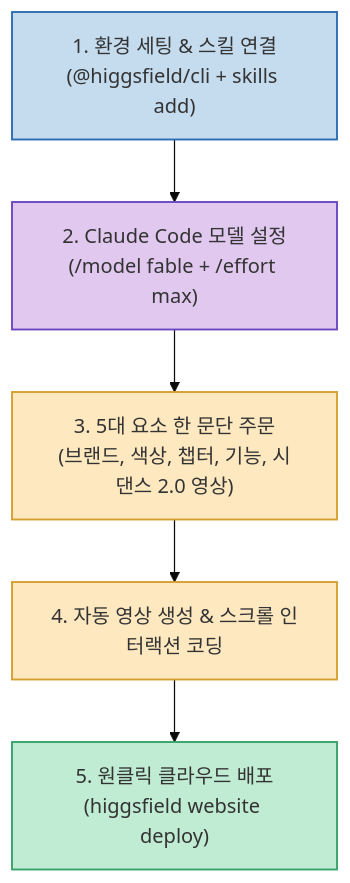
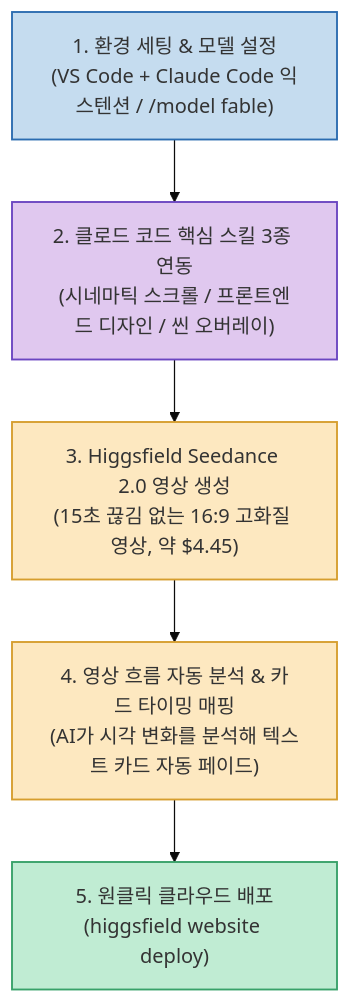
Before and after one commit to gyuha/gyuha.github.io: the diagram in content/post/2026/09/2026-09-03-claude-higgsfield-fable5-interactive-website-guide.md, drawn with Mermaid (base theme). The commit also changed other lines of this file and 796 other files, not shown here.

````diff
--- a/content/post/2026/09/2026-09-03-claude-higgsfield-fable5-interactive-website-guide.md
+++ b/content/post/2026/09/2026-09-03-claude-higgsfield-fable5-interactive-website-guide.md
@@ -30,17 +31,17 @@
 ```mermaid
 flowchart TD
     classDef toolNode fill:#c5dcef,stroke:#2b6cb0,stroke-width:1.5px,color:#333;
-    classDef modelNode fill:#e0c8ef,stroke:#6b46c1,stroke-width:1.5px,color:#333;
-    classDef promptNode fill:#fde8c0,stroke:#d69e2e,stroke-width:1.5px,color:#333;
+    classDef skillNode fill:#e0c8ef,stroke:#6b46c1,stroke-width:1.5px,color:#333;
+    classDef videoNode fill:#fde8c0,stroke:#d69e2e,stroke-width:1.5px,color:#333;
     classDef deployNode fill:#c0ecd3,stroke:#38a169,stroke-width:1.5px,color:#333;
 
-    Setup["1. 환경 세팅 & 스킬 연결<br>(@higgsfield/cli + skills add)"] --> Model["2. Claude Code 모델 설정<br>(/model fable + /effort max)"]
-    Model --> Prompt["3. 5대 요소 한 문단 주문<br>(브랜드, 색상, 챕터, 기능, 시댄스 2.0 영상)"]
-    Prompt --> Build["4. 자동 영상 생성 & 스크롤 인터랙션 코딩"]
-    Build --> Deploy["5. 원클릭 클라우드 배포<br>(higgsfield website deploy)"]
+    Setup["1. 환경 세팅 & 모델 설정<br>(VS Code + Claude Code 익스텐션 / /model fable)"] --> Skills["2. 클로드 코드 핵심 스킬 3종 연동<br>(시네마틱 스크롤 / 프론트엔드 디자인 / 씬 오버레이)"]
+    Skills --> Seedance["3. Higgsfield Seedance 2.0 영상 생성<br>(15초 끊김 없는 16:9 고화질 영상, 약 $4.45)"]
+    Seedance --> AutoSync["4. 영상 흐름 자동 분석 & 카드 타이밍 매핑<br>(AI가 시각 변화를 분석해 텍스트 카드 자동 페이드)"]
+    AutoSync --> Deploy["5. 원클릭 클라우드 배포<br>(higgsfield website deploy)"]
 
     class Setup toolNode;
-    class Model modelNode;
-    class Prompt,Build promptNode;
+    class Skills skillNode;
+    class Seedance,AutoSync videoNode;
     class Deploy deployNode;
 ```
````
